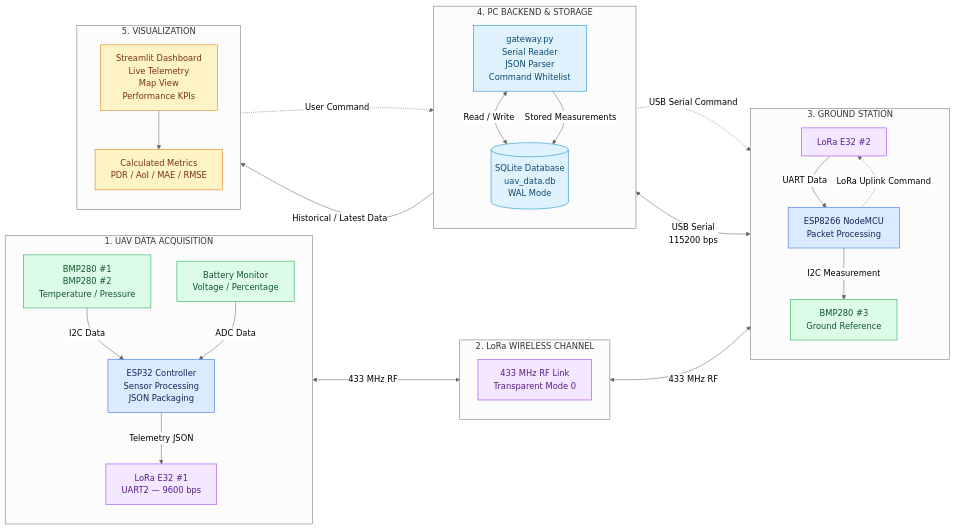
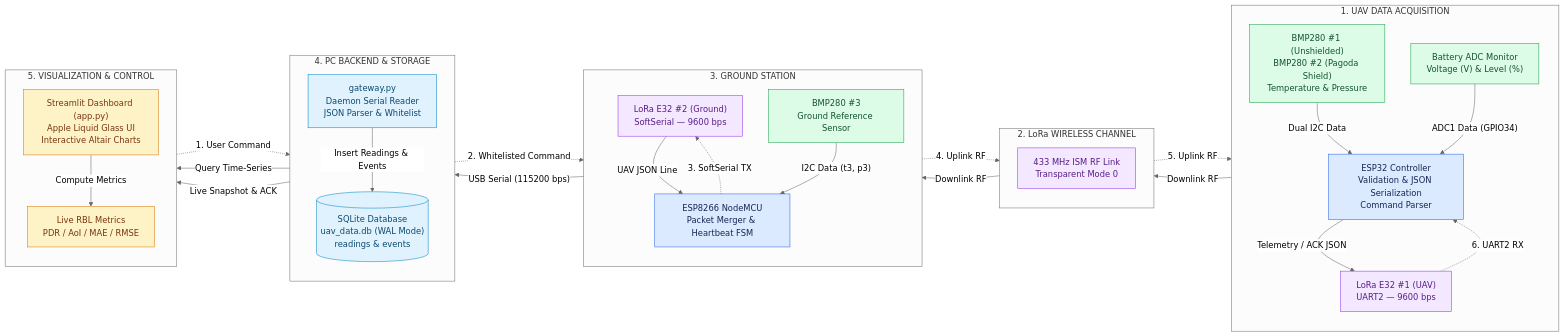
Before and after one commit to phllonq/26FA-IA2103-Group5-IOT102-FinalReport: the fourth of 6 diagrams in Diagrams/README.md, drawn with Mermaid (neutral theme). The commit also changed other lines of this file, not shown here.

````diff
--- a/Diagrams/README.md
+++ b/Diagrams/README.md
@@ -385,82 +312,70 @@
 ```mermaid
 flowchart LR
-
     subgraph UAV["1. UAV DATA ACQUISITION"]
         direction TB
+        SENSORS["BMP280 #1 (Unshielded)<br/>BMP280 #2 (Pagoda Shield)<br/>Temperature & Pressure"]
+        BATTERY["Battery ADC Monitor<br/>Voltage (V) & Level (%)"]
+        ESP32["ESP32 Controller<br/>Validation & JSON Serialization<br/>Command Parser"]
+        LORA_TX["LoRa E32 #1 (UAV)<br/>UART2 — 9600 bps"]
 
-        SENSORS["BMP280 #1<br/>BMP280 #2<br/>Temperature / Pressure"]
-
-        BATTERY["Battery Monitor<br/>Voltage / Percentage"]
-
-        ESP32["ESP32 Controller<br/>Sensor Processing<br/>JSON Packaging"]
-
-        LORA_TX["LoRa E32 #1<br/>UART2 — 9600 bps"]
-
-        SENSORS -->|"I2C Data"| ESP32
-        BATTERY -->|"ADC Data"| ESP32
-        ESP32 -->|"Telemetry JSON"| LORA_TX
+        SENSORS -->|"Dual I2C Data"| ESP32
+        BATTERY -->|"ADC1 Data (GPIO34)"| ESP32
+        ESP32 -->|"Telemetry / ACK JSON"| LORA_TX
     end
 
     subgraph WIRELESS["2. LoRa WIRELESS CHANNEL"]
         direction TB
-
-        RF["433 MHz RF Link<br/>Transparent Mode 0"]
+        RF["433 MHz ISM RF Link<br/>Transparent Mode 0"]
     end
 
     subgraph GROUND["3. GROUND STATION"]
         direction TB
+        LORA_RX["LoRa E32 #2 (Ground)<br/>SoftSerial — 9600 bps"]
+        GROUND_SENSOR["BMP280 #3<br/>Ground Reference Sensor"]
+        ESP8266["ESP8266 NodeMCU<br/>Packet Merger & Heartbeat FSM"]
 
-        LORA_RX["LoRa E32 #2"]
-
-        ESP8266["ESP8266 NodeMCU<br/>Packet Processing"]
-
-        GROUND_SENSOR["BMP280 #3<br/>Ground Reference"]
-
-        ESP8266 -->|"I2C Measurement"| GROUND_SENSOR
-        LORA_RX -->|"UART Data"| ESP8266
+        LORA_RX -->|"UAV JSON Line"| ESP8266
+        GROUND_SENSOR -->|"I2C Data (t3, p3)"| ESP8266
     end
 
     subgraph PC["4. PC BACKEND & STORAGE"]
         direction TB
+        GW["gateway.py<br/>Daemon Serial Reader<br/>JSON Parser & Whitelist"]
+        DB[("SQLite Database<br/>uav_data.db (WAL Mode)<br/>readings & events")]
 
-        GW["gateway.py<br/>Serial Reader<br/>JSON Parser<br/>Command Whitelist"]
-
-        DB[("SQLite Database<br/>uav_data.db<br/>WAL Mode")]
-
-        GW <-->|"Read / Write"| DB
+        GW -->|"Insert Readings & Events"| DB
     end
 
-    subgraph DASHBOARD["5. VISUALIZATION"]
+    subgraph DASHBOARD["5. VISUALIZATION & CONTROL"]
         direction TB
+        UI["Streamlit Dashboard (app.py)<br/>Apple Liquid Glass UI<br/>Interactive Altair Charts"]
+        KPI["Live RBL Metrics<br/>PDR / AoI / MAE / RMSE"]
 
-        UI["Streamlit Dashboard<br/>Live Telemetry<br/>Map View<br/>Performance KPIs"]
-
-        KPI["Calculated Metrics<br/>PDR / AoI / MAE / RMSE"]
-
-        UI --> KPI
+        UI -->|"Compute Metrics"| KPI
     end
 
-    LORA_TX <-->|"433 MHz RF"| RF
-    RF <-->|"433 MHz RF"| LORA_RX
+    LORA_TX -->|"Downlink RF"| RF
+    RF -->|"Downlink RF"| LORA_RX
+    ESP8266 -->|"USB Serial (115200 bps)"| GW
+    DB -->|"Query Time-Series"| UI
+    GW -->|"Live Snapshot & ACK"| UI
 
-    ESP8266 <-->|"USB Serial<br/>115200 bps"| GW
-
-    GW -->|"Stored Measurements"| DB
-    DB -->|"Historical / Latest Data"| UI
-
-    UI -.->|"User Command"| GW
-    GW -.->|"USB Serial Command"| ESP8266
-    ESP8266 -.->|"LoRa Uplink Command"| LORA_RX
+    UI -.->|"1. User Command"| GW
+    GW -.->|"2. Whitelisted Command"| ESP8266
+    ESP8266 -.->|"3. SoftSerial TX"| LORA_RX
+    LORA_RX -.->|"4. Uplink RF"| RF
+    RF -.->|"5. Uplink RF"| LORA_TX
+    LORA_TX -.->|"6. UART2 RX"| ESP32
 
     classDef hardware fill:#dbeafe,stroke:#2563eb,color:#172554
     classDef sensor fill:#dcfce7,stroke:#16a34a,color:#14532d
     classDef communication fill:#f3e8ff,stroke:#9333ea,color:#581c87
     classDef backend fill:#e0f2fe,stroke:#0284c7,color:#0c4a6e
     classDef dashboard fill:#fef3c7,stroke:#d97706,color:#78350f
 
     class ESP32,ESP8266 hardware
     class SENSORS,BATTERY,GROUND_SENSOR sensor
     class LORA_TX,LORA_RX,RF communication
     class GW,DB backend
     class UI,KPI dashboard
 ```
````
